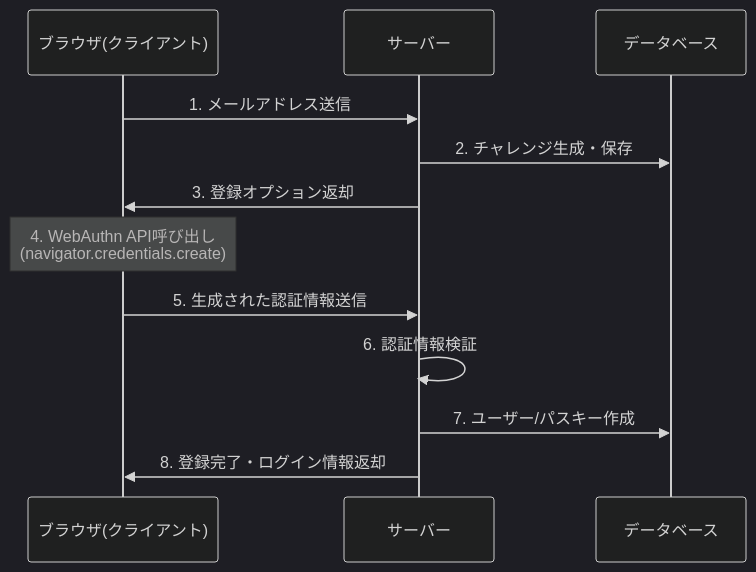
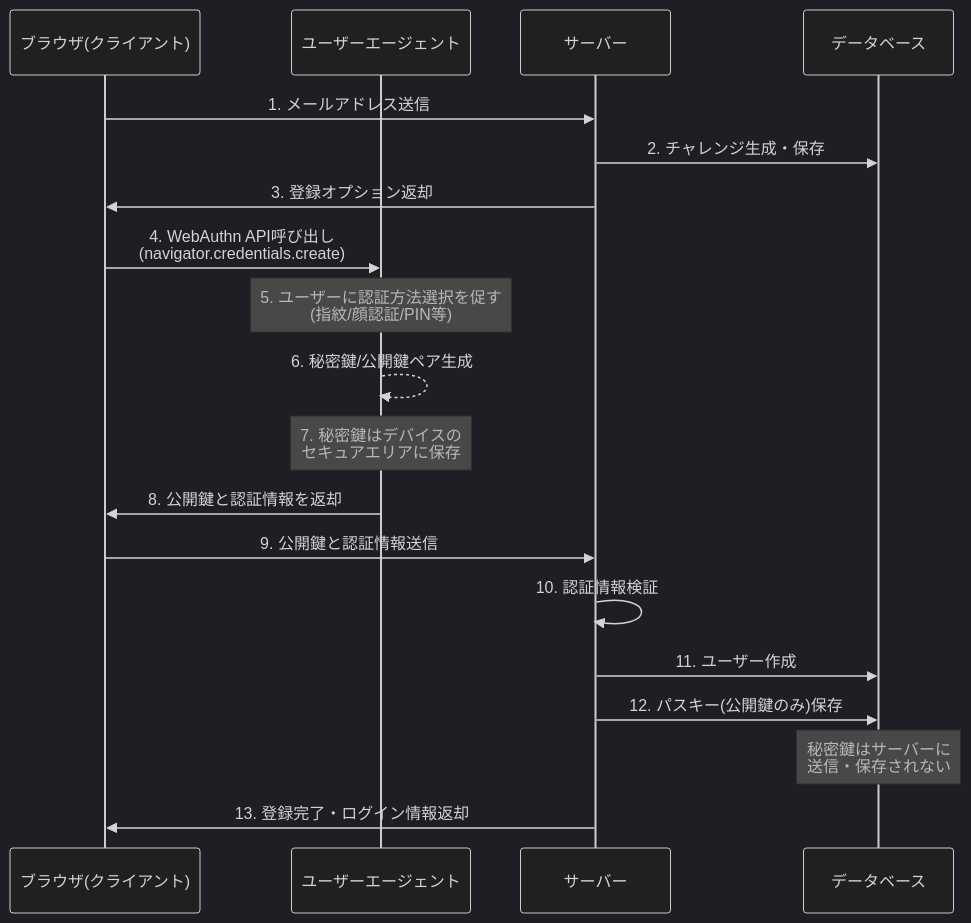
Before and after one commit to lirlia/100day_challenge_backend: the first of 4 diagrams in day7_passkey_auth/README.md, drawn with Mermaid (dark theme).

Commit message:
docs: ユーザー登録フローのシーケンス図を詳細化し、秘密鍵/公開鍵の扱いを明確化

````diff
--- a/day7_passkey_auth/README.md
+++ b/day7_passkey_auth/README.md
@@ -156,15 +156,24 @@
 ```mermaid
 sequenceDiagram
     participant クライアント as ブラウザ(クライアント)
+    participant UA as ユーザーエージェント
     participant サーバー as サーバー
     participant DB as データベース
     
     クライアント->>サーバー: 1. メールアドレス送信
     サーバー->>DB: 2. チャレンジ生成・保存
     サーバー->>クライアント: 3. 登録オプション返却
-    Note over クライアント: 4. WebAuthn API呼び出し<br>(navigator.credentials.create)
-    クライアント->>サーバー: 5. 生成された認証情報送信
-    サーバー->>サーバー: 6. 認証情報検証
-    サーバー->>DB: 7. ユーザー/パスキー作成
-    サーバー->>クライアント: 8. 登録完了・ログイン情報返却
+    
+    クライアント->>UA: 4. WebAuthn API呼び出し<br>(navigator.credentials.create)
+    Note over UA: 5. ユーザーに認証方法選択を促す<br>(指紋/顔認証/PIN等)
+    UA-->>UA: 6. 秘密鍵/公開鍵ペア生成
+    Note over UA: 7. 秘密鍵はデバイスの<br>セキュアエリアに保存
+    UA->>クライアント: 8. 公開鍵と認証情報を返却
+    
+    クライアント->>サーバー: 9. 公開鍵と認証情報送信
+    サーバー->>サーバー: 10. 認証情報検証
+    サーバー->>DB: 11. ユーザー作成
+    サーバー->>DB: 12. パスキー(公開鍵のみ)保存
+    Note over DB: 秘密鍵はサーバーに<br>送信・保存されない
+    サーバー->>クライアント: 13. 登録完了・ログイン情報返却
 ```
````
